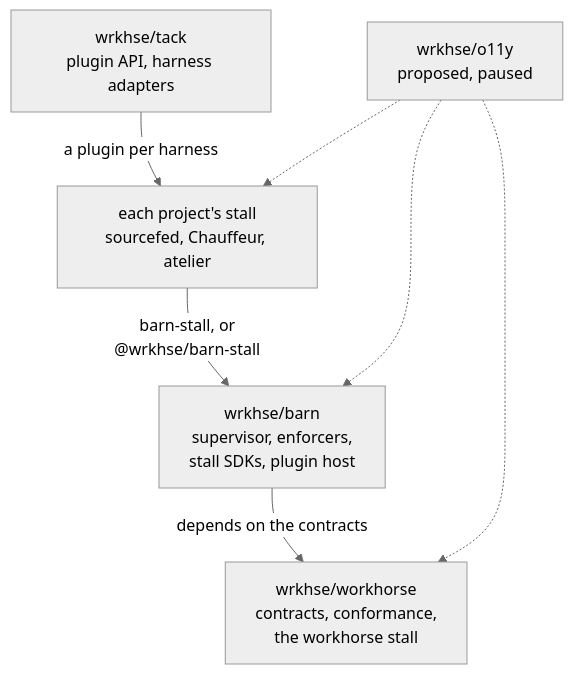
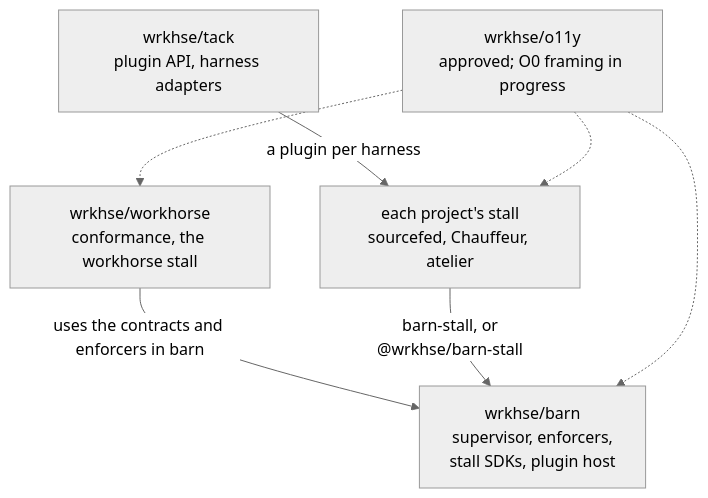
Before and after one commit to wrkhse/workhorse: the fifth of 10 diagrams in ARCHITECTURE.md, drawn with Mermaid (neutral theme). The commit also changed other lines of this file, not shown here.

Commit message:
docs(architecture): refresh o11y and contract status (#49)

````diff
--- a/ARCHITECTURE.md
+++ b/ARCHITECTURE.md
@@ -120,14 +120,14 @@
 ```mermaid
 flowchart TB
-    W["wrkhse/workhorse<br/>contracts, conformance,<br/>the workhorse stall"]
+    W["wrkhse/workhorse<br/>conformance, the workhorse stall"]
     B["wrkhse/barn<br/>supervisor, enforcers,<br/>stall SDKs, plugin host"]
     P["each project's stall<br/>sourcefed, Chauffeur, atelier"]
     T["wrkhse/tack<br/>plugin API, harness adapters"]
-    O["wrkhse/o11y<br/>proposed, paused"]
-    B -->|"depends on the contracts"| W
+    O["wrkhse/o11y<br/>approved; O0 framing in progress"]
+    W -->|"uses the contracts and enforcers in barn"| B
     P -->|"barn-stall, or<br/>@wrkhse/barn-stall"| B
     T -->|"a plugin per harness"| P
     O -.-> W
     O -.-> B
     O -.-> P
 ```
````
